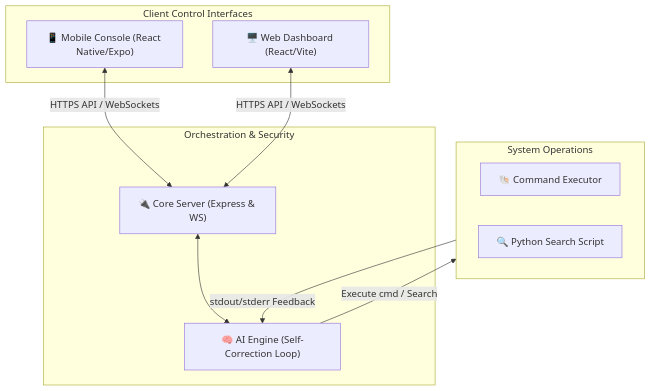
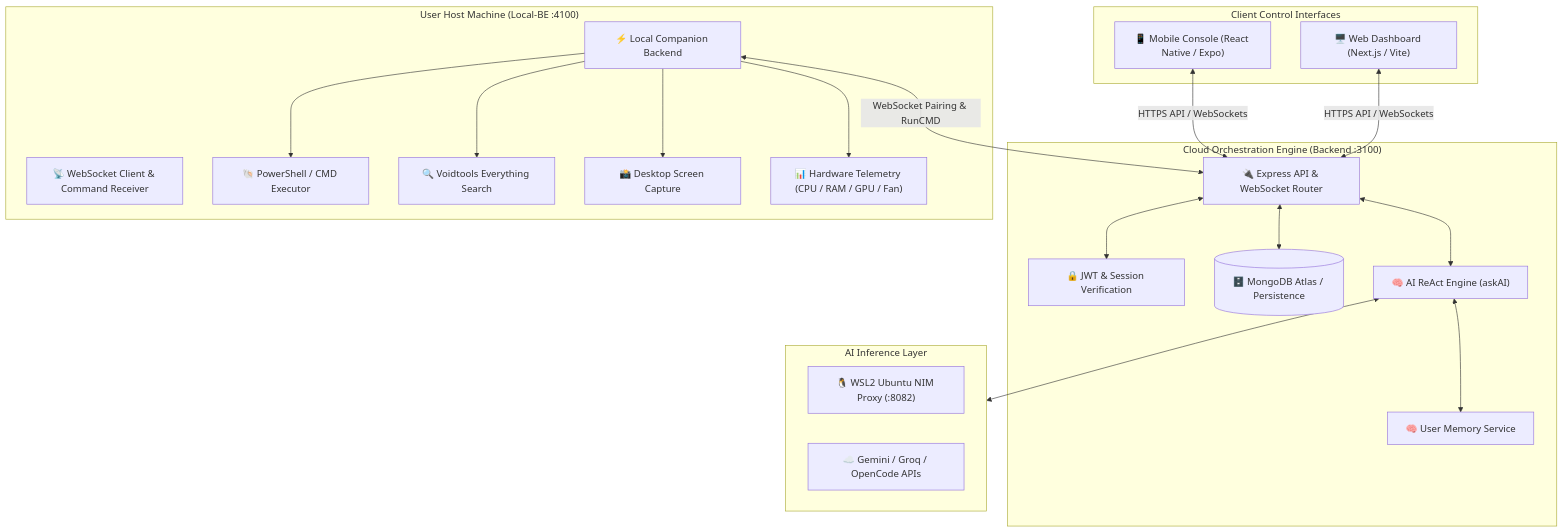
One commit to Kashif-Coder404/nexus-v2 changed the diagram in README.md. Above: the diagram before and after it, drawn with Mermaid. The commit also changed other lines of this file and 29 other files, not shown here.

````diff
--- a/README.md
+++ b/README.md
@@ -11,26 +11,49 @@
 ```mermaid
 graph TD
     subgraph Clients ["Client Control Interfaces"]
-        App["📱 Mobile Console (React Native/Expo)"]
-        Web["🖥️ Web Dashboard (React/Vite)"]
+        App["📱 Mobile Console (React Native / Expo)"]
+        Web["🖥️ Web Dashboard (Next.js / Vite)"]
     end
 
-    subgraph Service ["Orchestration & Security"]
-        Backend["🔌 Core Server (Express & WS)"]
-        AI["🧠 AI Engine (Self-Correction Loop)"]
+    subgraph Central ["Cloud Orchestration Engine (Backend :3100)"]
+        Server["🔌 Express API & WebSocket Router"]
+        Auth["🔒 JWT & Session Verification"]
+        DB[(🗄️ MongoDB Atlas / Persistence)]
+        AI["🧠 AI ReAct Engine (askAI)"]
+        Memory["🧠 User Memory Service"]
     end
 
-    subgraph Local ["System Operations"]
-        Shell["🐚 Command Executor"]
-        Search["🔍 Python Search Script"]
+    subgraph Host ["User Host Machine (Local-BE :4100)"]
+        LocalBE["⚡ Local Companion Backend"]
+        WSClient["📡 WebSocket Client & Command Receiver"]
+        Shell["🐚 PowerShell / CMD Executor"]
+        Search["🔍 Voidtools Everything Search"]
+        Screen["📸 Desktop Screen Capture"]
+        SysInfo["📊 Hardware Telemetry (CPU / RAM / GPU / Fan)"]
+    end
+
+    subgraph Inference ["AI Inference Layer"]
+        WSL["🐧 WSL2 Ubuntu NIM Proxy (:8082)"]
+        CloudAI["☁️ Gemini / Groq / OpenCode APIs"]
     end
 
     %% Client communication
-    App <-->|HTTPS API / WebSockets| Backend
-    Web <-->|HTTPS API / WebSockets| Backend
+    App <-->|HTTPS API / WebSockets| Server
+    Web <-->|HTTPS API / WebSockets| Server
 
-    %% Core flow
-    Backend <--> AI
-    AI -->|Execute cmd / Search| Local
-    Local -->|stdout/stderr Feedback| AI
+    %% Companion communication
+    LocalBE <-->|WebSocket Pairing & RunCMD| Server
+
+    %% Internal Backend flow
+    Server <--> Auth
+    Server <--> DB
+    Server <--> AI
+    AI <--> Memory
+    AI <--> Inference
+
+    %% Local operations
+    LocalBE --> Shell
+    LocalBE --> Search
+    LocalBE --> Screen
+    LocalBE --> SysInfo
 ```
````
